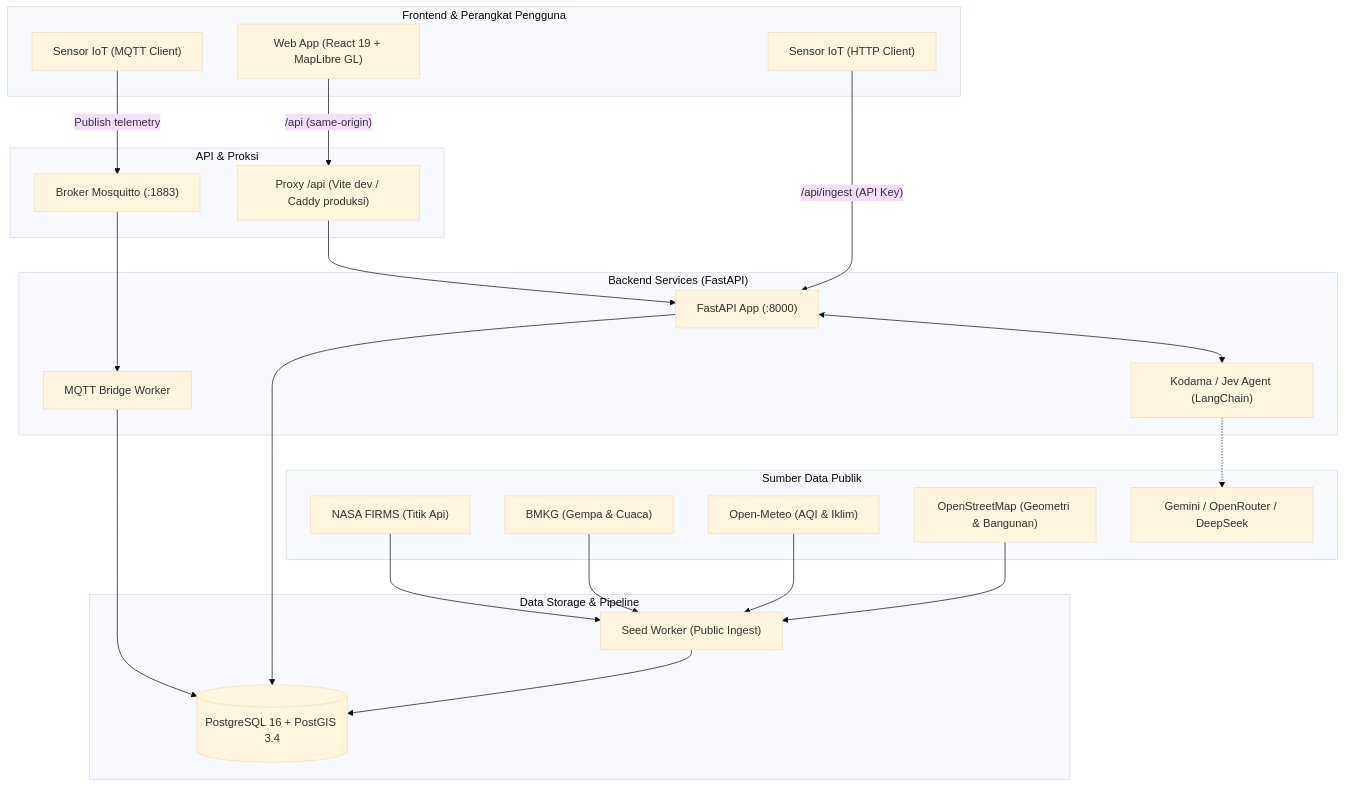
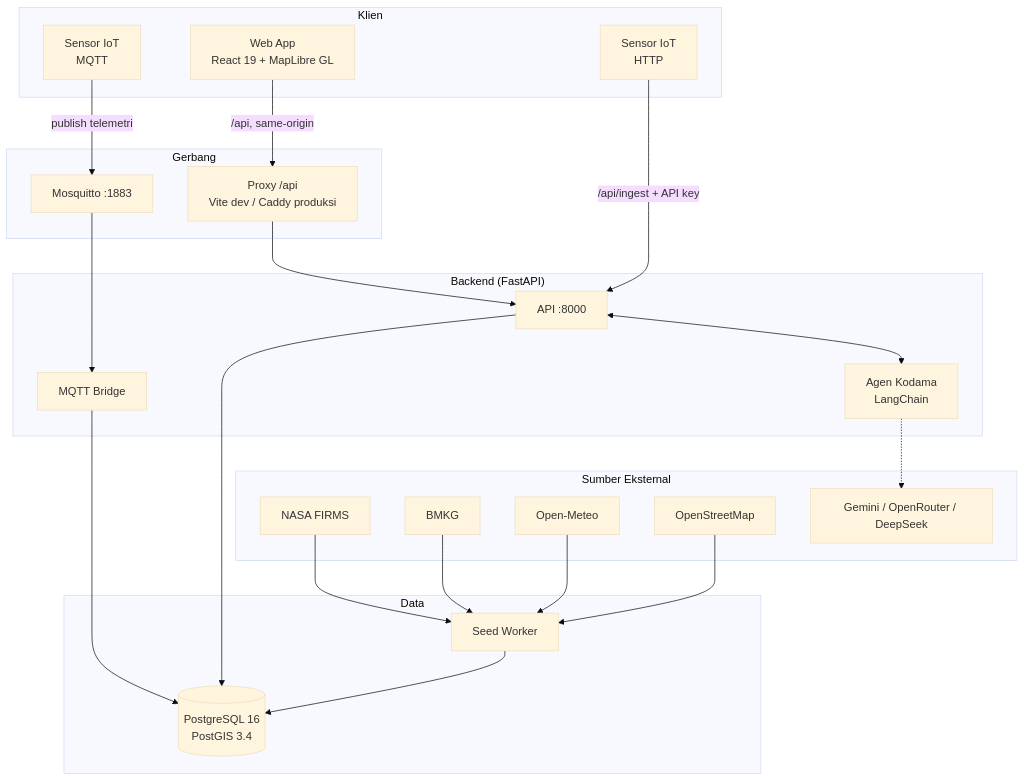
Before and after one commit to ex-machina-org/arkamap: the first of 2 diagrams in README.md, drawn with Mermaid (base theme). The commit also changed other lines of this file, not shown here.

````diff
--- a/README.md
+++ b/README.md
@@ -117,50 +125,49 @@
 ```mermaid
 flowchart TD
-    subgraph Klien ["Frontend & Perangkat Pengguna"]
-        UI["Web App (React 19 + MapLibre GL)"]
-        SensorHTTP["Sensor IoT (HTTP Client)"]
-        SensorMQTT["Sensor IoT (MQTT Client)"]
+    subgraph Klien ["Klien"]
+        UI["Web App<br/>React 19 + MapLibre GL"]
+        SensorHTTP["Sensor IoT<br/>HTTP"]
+        SensorMQTT["Sensor IoT<br/>MQTT"]
     end
 
-    subgraph Gerbang ["API & Proksi"]
-        Proxy["Proxy /api (Vite dev / Caddy produksi)"]
-        Broker["Broker Mosquitto (:1883)"]
+    subgraph Gerbang ["Gerbang"]
+        Proxy["Proxy /api<br/>Vite dev / Caddy produksi"]
+        Broker["Mosquitto :1883"]
     end
 
-    subgraph Inti ["Backend Services (FastAPI)"]
-        API["FastAPI App (:8000)"]
-        Bridge["MQTT Bridge Worker"]
-        JevEngine["Kodama / Jev Agent (LangChain)"]
+    subgraph Inti ["Backend (FastAPI)"]
+        API["API :8000"]
+        Bridge["MQTT Bridge"]
+        Agent["Agen Kodama<br/>LangChain"]
     end
 
-    subgraph Data ["Data Storage & Pipeline"]
-        DB[("PostgreSQL 16 + PostGIS 3.4")]
-        SeedWorker["Seed Worker (Public Ingest)"]
+    subgraph Data ["Data"]
+        DB[("PostgreSQL 16<br/>PostGIS 3.4")]
+        Seed["Seed Worker"]
     end
 
-    subgraph Eksternal ["Sumber Data Publik"]
-        FIRMS["NASA FIRMS (Titik Api)"]
-        BMKG["BMKG (Gempa & Cuaca)"]
-        OpenMeteo["Open-Meteo (AQI & Iklim)"]
-        OSM["OpenStreetMap (Geometri & Bangunan)"]
+    subgraph Eksternal ["Sumber Eksternal"]
+        FIRMS["NASA FIRMS"]
+        BMKG["BMKG"]
+        OpenMeteo["Open-Meteo"]
+        OSM["OpenStreetMap"]
         LLMs["Gemini / OpenRouter / DeepSeek"]
     end
 
-    %% Koneksi
-    UI -->|"/api (same-origin)"| Proxy
+    UI -->|"/api, same-origin"| Proxy
     Proxy --> API
-    SensorHTTP -->|"/api/ingest (API Key)"| API
-    SensorMQTT -->|"Publish telemetry"| Broker
+    SensorHTTP -->|"/api/ingest + API key"| API
+    SensorMQTT -->|"publish telemetri"| Broker
     Broker --> Bridge
     Bridge --> DB
 
     API --> DB
-    API <--> JevEngine
-    JevEngine -.-> LLMs
+    API <--> Agent
+    Agent -.-> LLMs
 
-    SeedWorker --> DB
-    FIRMS --> SeedWorker
-    BMKG --> SeedWorker
-    OpenMeteo --> SeedWorker
-    OSM --> SeedWorker
+    FIRMS --> Seed
+    BMKG --> Seed
+    OpenMeteo --> Seed
+    OSM --> Seed
+    Seed --> DB
 ```
````
